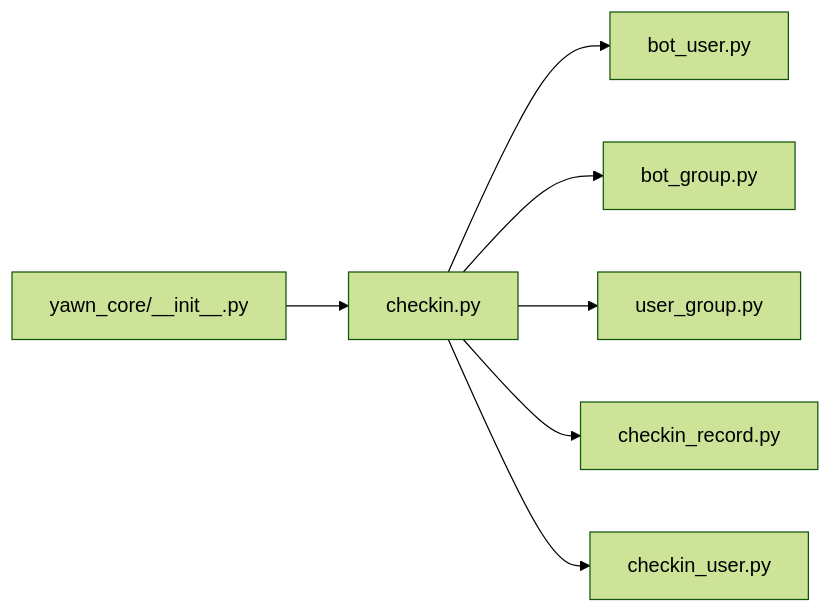
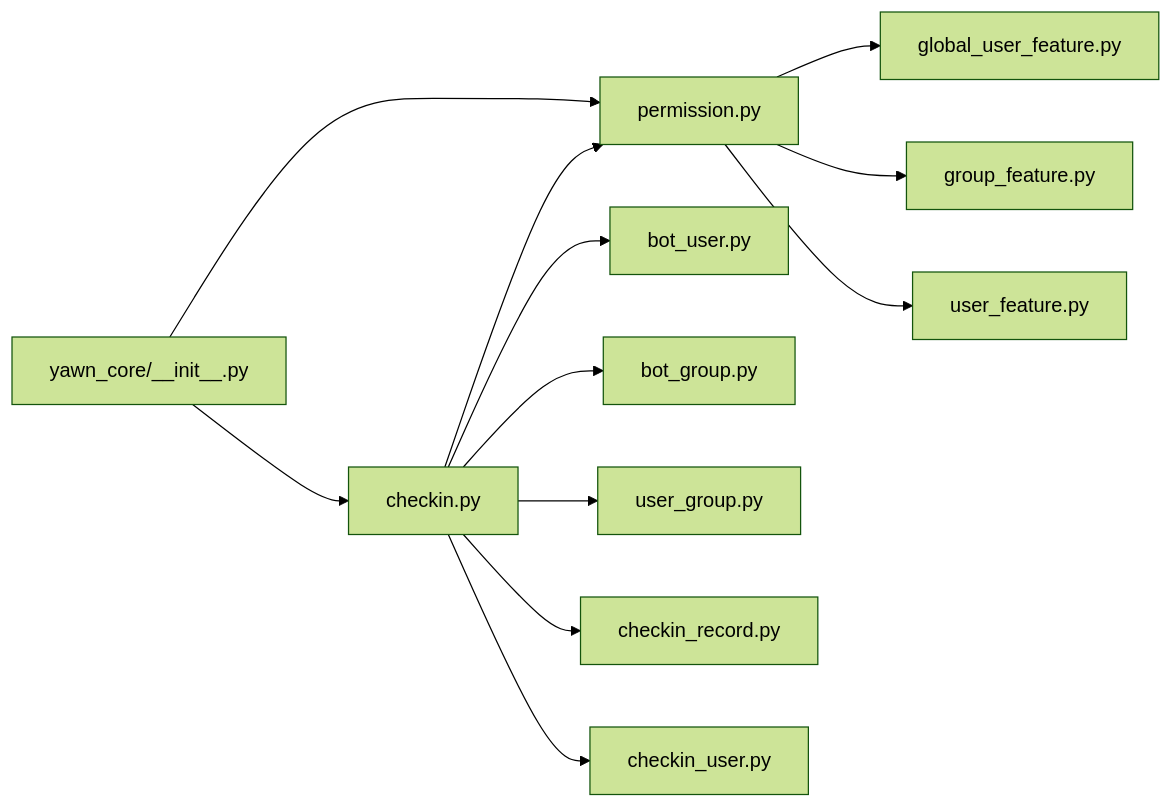
Before and after one commit to Wohaokunr/yawn_bot: the sixth of 6 diagrams in .qoder/repowiki/zh/content/核心功能模块/签到系统.md, drawn with Mermaid (forest theme). The commit also changed other lines of this file and 10 other files, not shown here.

````diff
--- a/.qoder/repowiki/zh/content/核心功能模块/签到系统.md
+++ b/.qoder/repowiki/zh/content/核心功能模块/签到系统.md
@@ -296,9 +412,14 @@
 ```mermaid
 graph LR
 Init["yawn_core/__init__.py"] --> Checkin["checkin.py"]
+Init --> Permission["permission.py"]
+Checkin --> Permission
+Permission --> GlobalFeat["global_user_feature.py"]
+Permission --> GroupFeat["group_feature.py"]
+Permission --> UserFeat["user_feature.py"]
 Checkin --> BotUser["bot_user.py"]
 Checkin --> BotGroup["bot_group.py"]
 Checkin --> UserGroup["user_group.py"]
 Checkin --> CheckinRecord["checkin_record.py"]
 Checkin --> CheckinUser["checkin_user.py"]
 ```
````
